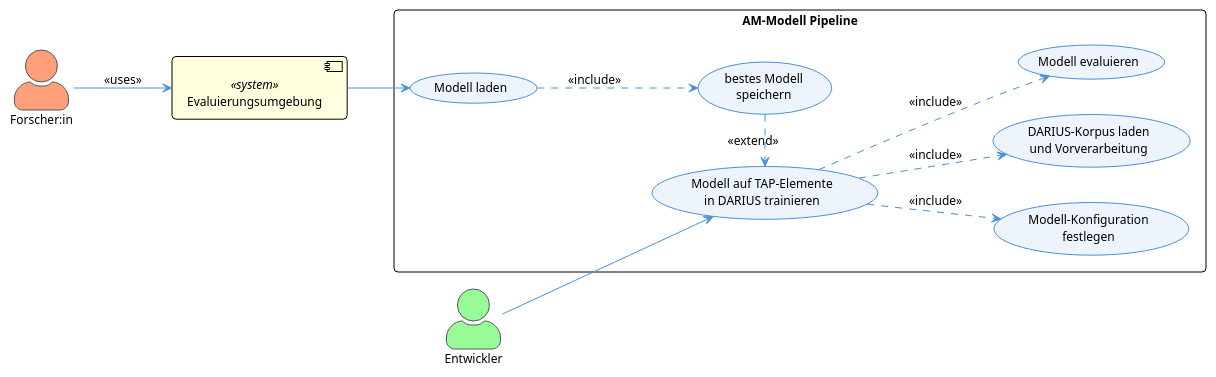
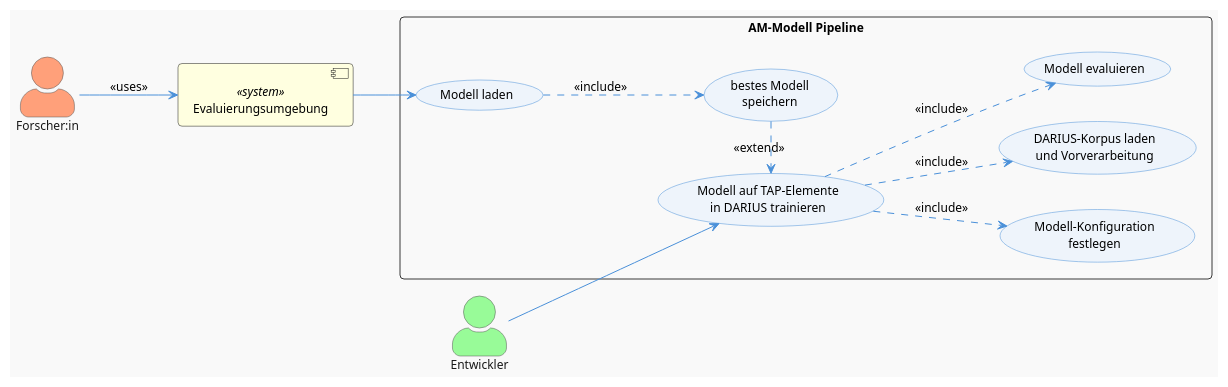
Before and after one commit to felixdrescher/german_am_modell: the diagram in documentation/model/use-case.plantuml, drawn with PlantUML. The commit also changed 3 other files, not shown here.

```diff
--- a/documentation/model/use-case.plantuml
+++ b/documentation/model/use-case.plantuml
@@ -1,49 +1,49 @@
 @startuml Use-Case Modell
-!theme plain
+!theme mars
 
 skinparam defaultFontName Arial
 skinparam defaultFontSize 12
 skinparam roundcorner 8
 skinparam actorStyle awesome
 
 skinparam usecase {
     BackgroundColor #EEF4FB
     BorderColor #4A90D9
     ArrowColor #4A90D9
 }
 skinparam actor {
     BackgroundColor #FAFAFA
     BorderColor #555
 }
 
 left to right direction
 
 ' ── Akteure ──────────────────────────────────────────────
 actor "Entwickler" as DEV #PaleGreen
 actor "Forscher:in" as RES #LightSalmon
 
 rectangle "AM-Modell Pipeline" {
     usecase "Modell auf TAP-Elemente\nin DARIUS trainieren" as UC1
     usecase "Modell-Konfiguration\nfestlegen" as UC2
     usecase "DARIUS-Korpus laden\nund Vorverarbeitung" as UC3
     usecase "Modell evaluieren" as UC4
     usecase "bestes Modell\nspeichern" as UC5
     usecase "Modell laden" as UC6
 }
 
 component "Evaluierungsumgebung" as EVAL_ENV <<system>> #LightYellow
 
 ' Beziehungen
 DEV --> UC1
 RES --> EVAL_ENV : <<uses>>
 EVAL_ENV --> UC6
 
 ' Hierarchien: Konfiguration ist Teil des Trainings-Workflows
 UC1 ..> UC2 : <<include>>
 UC1 ..> UC3 : <<include>>
 UC1 ..> UC4 : <<include>>
 UC5 .right.> UC1 : <<extend>>
 UC6 ..> UC5 : <<include>>
 
 
 @enduml
```
